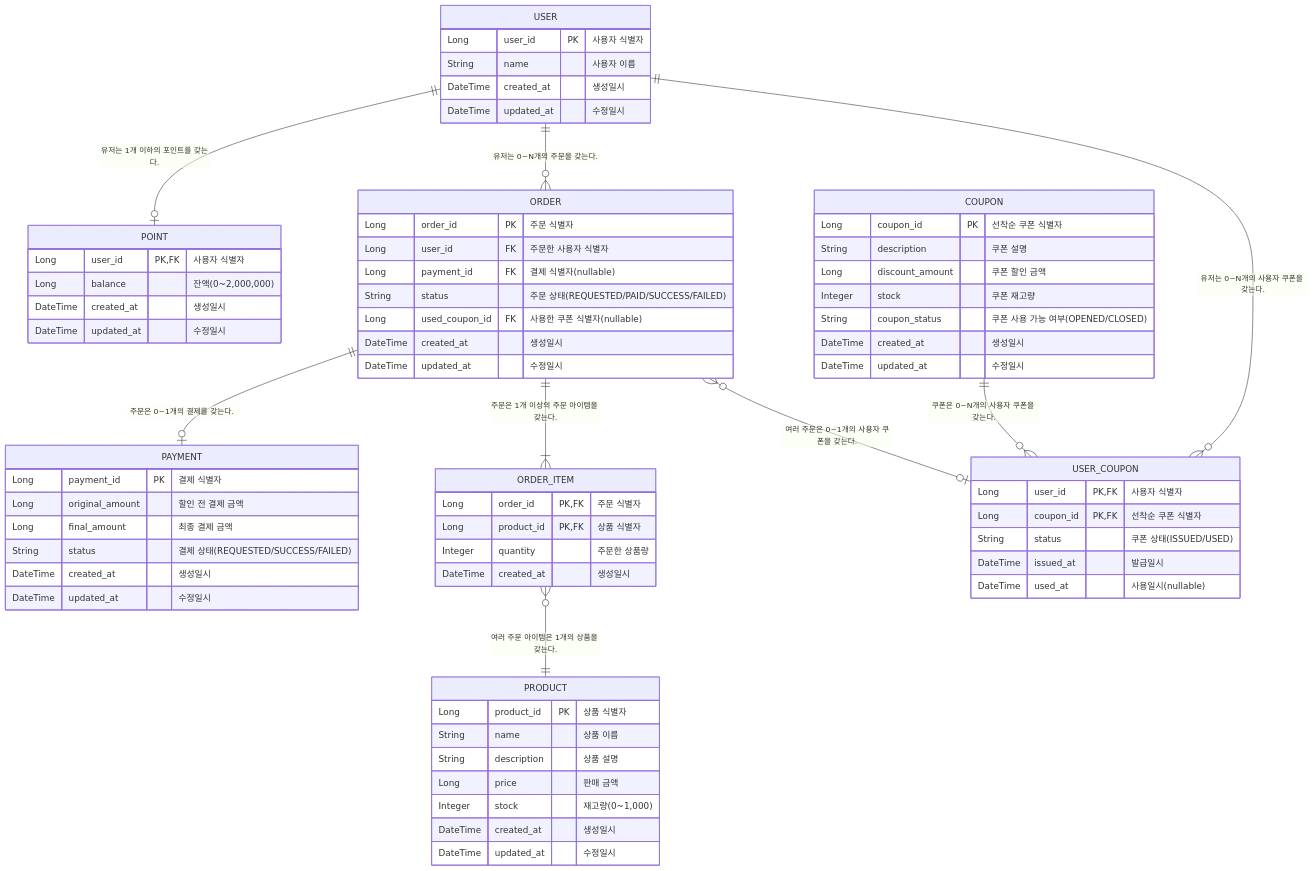
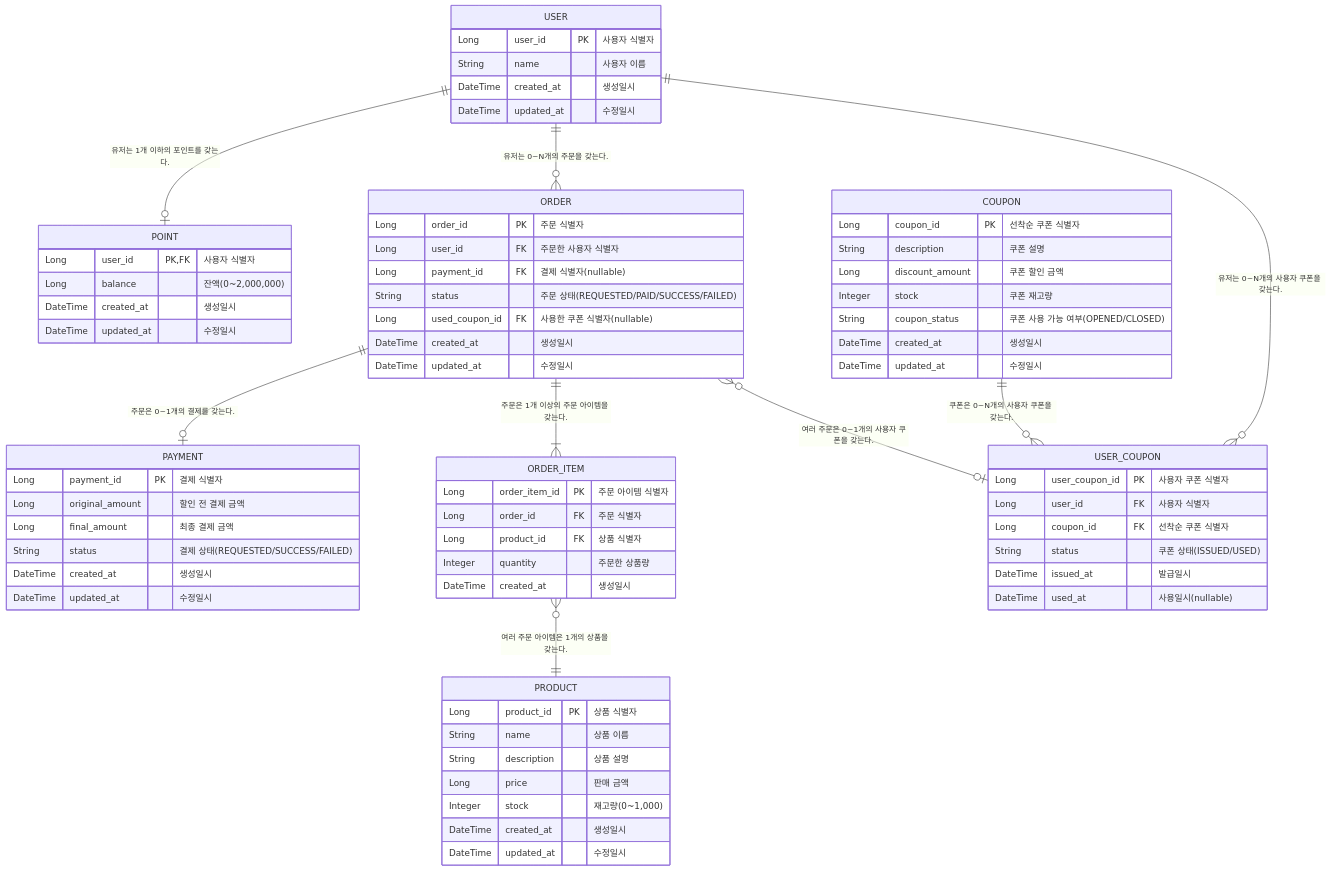
The diagram in docs/ERD.md (lostcatbox/e-commerce-order-service), drawn with Mermaid before and after one commit. The commit also changed 1 other file, not shown here.

Commit message:
[docs] UserCoupon에 pk Id추가, OrderItem에 pk Id추가

```diff
--- a/docs/ERD.md
+++ b/docs/ERD.md
@@ -36,8 +36,9 @@
     }
 
     ORDER_ITEM {
-        Long order_id PK,FK "주문 식별자"
-        Long product_id PK,FK "상품 식별자"
+        Long order_item_id PK "주문 아이템 식별자"
+        Long order_id FK "주문 식별자"
+        Long product_id FK "상품 식별자"
         Integer quantity "주문한 상품량"
         DateTime created_at "생성일시"
     }
@@ -62,8 +63,9 @@
     }
 
     USER_COUPON {
-        Long user_id PK,FK "사용자 식별자"
-        Long coupon_id PK,FK "선착순 쿠폰 식별자"
+        Long user_coupon_id PK "사용자 쿠폰 식별자"
+        Long user_id FK "사용자 식별자"
+        Long coupon_id FK "선착순 쿠폰 식별자"
         String status "쿠폰 상태(ISSUED/USED)"
         DateTime issued_at "발급일시"
         DateTime used_at "사용일시(nullable)"
```
